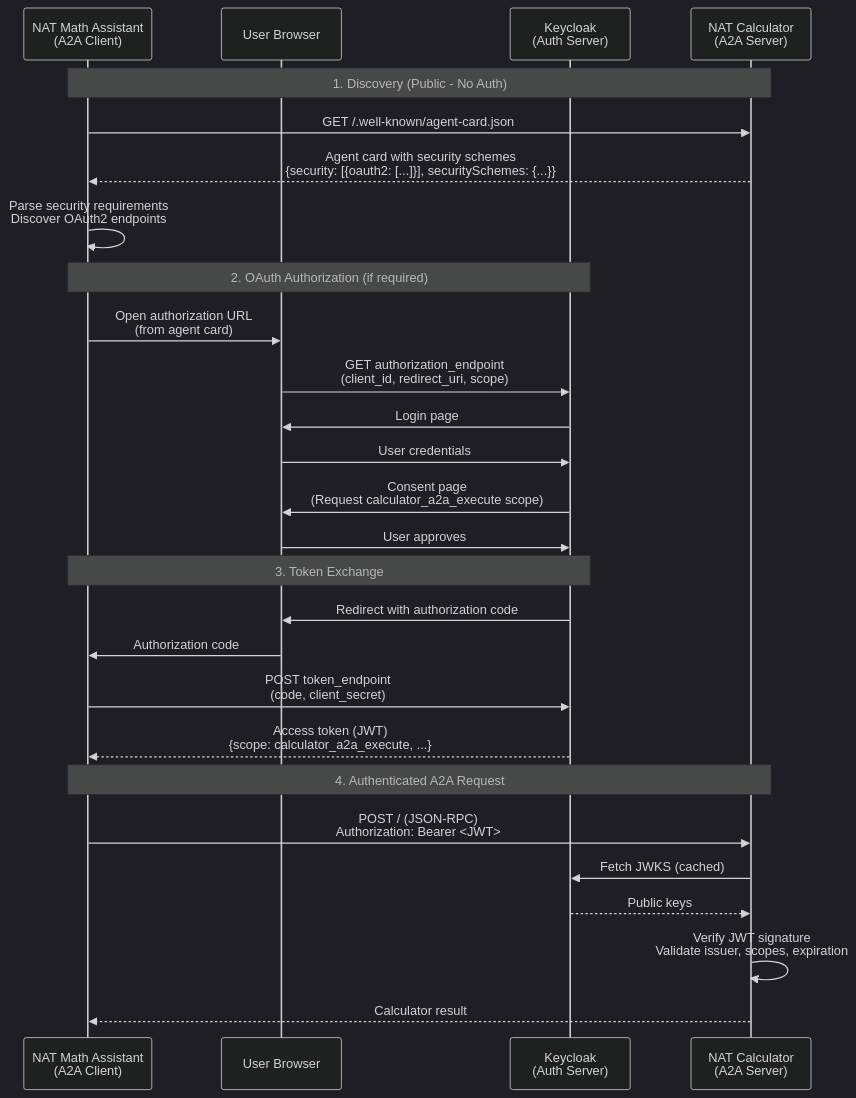
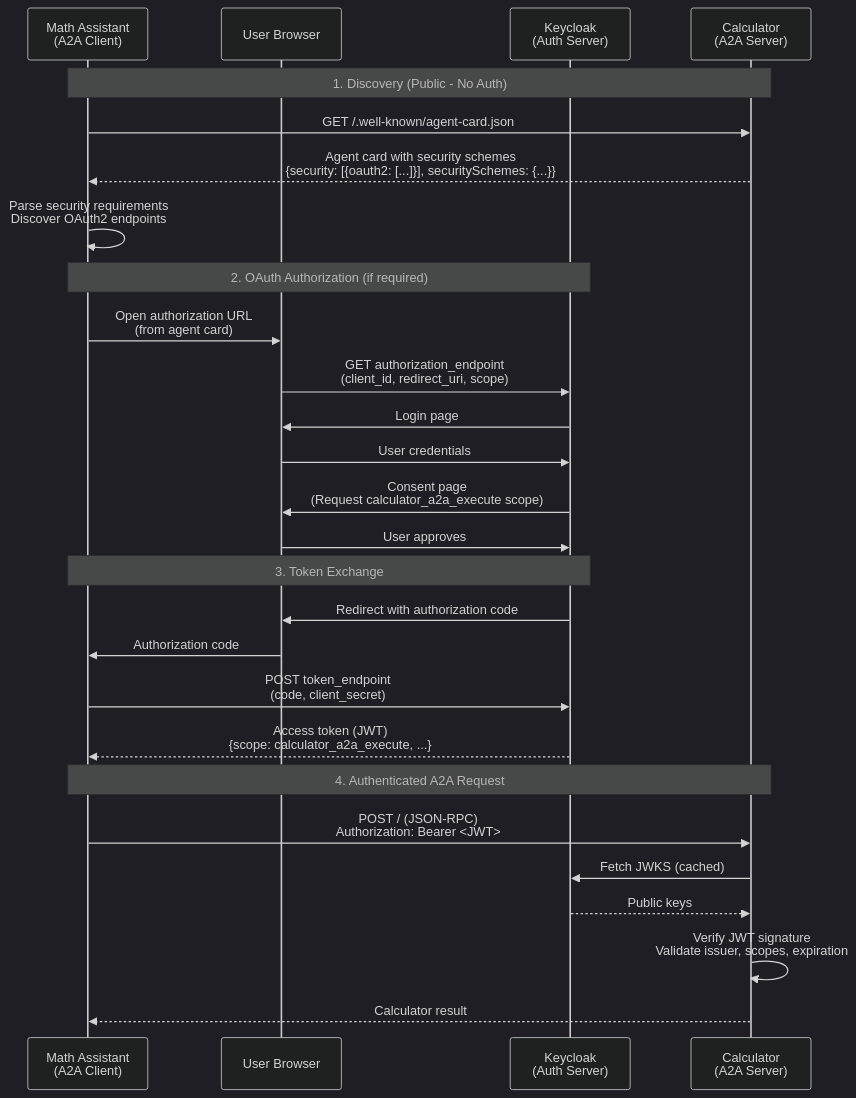
One commit to yifei-gpt/NeMo-Agent-Toolkit changed the second of 2 diagrams in examples/A2A/math_assistant_a2a/oauth2-keycloak-setup.md. Above: the diagram before and after it, drawn with Mermaid (dark theme). The commit also changed other lines of this file and 110 other files, not shown here.

````diff
--- a/examples/A2A/math_assistant_a2a/oauth2-keycloak-setup.md
+++ b/examples/A2A/math_assistant_a2a/oauth2-keycloak-setup.md
@@ -96,33 +96,33 @@
 ```mermaid
 sequenceDiagram
-    participant Client as NAT Math Assistant<br/>(A2A Client)
+    participant Client as Math Assistant<br/>(A2A Client)
     participant Browser as User Browser
     participant AuthServer as Keycloak<br/>(Auth Server)
-    participant Resource as NAT Calculator<br/>(A2A Server)
+    participant Resource as Calculator<br/>(A2A Server)
 
     Note over Client,Resource: 1. Discovery (Public - No Auth)
     Client->>Resource: GET /.well-known/agent-card.json
     Resource-->>Client: Agent card with security schemes<br/>{security: [{oauth2: [...]}], securitySchemes: {...}}
     Client->>Client: Parse security requirements<br/>Discover OAuth2 endpoints
 
     Note over Client,AuthServer: 2. OAuth Authorization (if required)
     Client->>Browser: Open authorization URL<br/>(from agent card)
     Browser->>AuthServer: GET authorization_endpoint<br/>(client_id, redirect_uri, scope)
     AuthServer->>Browser: Login page
     Browser->>AuthServer: User credentials
     AuthServer->>Browser: Consent page<br/>(Request calculator_a2a_execute scope)
     Browser->>AuthServer: User approves
 
     Note over Client,AuthServer: 3. Token Exchange
     AuthServer->>Browser: Redirect with authorization code
     Browser->>Client: Authorization code
     Client->>AuthServer: POST token_endpoint<br/>(code, client_secret)
     AuthServer-->>Client: Access token (JWT)<br/>{scope: calculator_a2a_execute, ...}
 
     Note over Client,Resource: 4. Authenticated A2A Request
     Client->>Resource: POST / (JSON-RPC)<br/>Authorization: Bearer <JWT>
     Resource->>AuthServer: Fetch JWKS (cached)
     AuthServer-->>Resource: Public keys
     Resource->>Resource: Verify JWT signature<br/>Validate issuer, scopes, expiration
     Resource-->>Client: Calculator result
 ```
````
